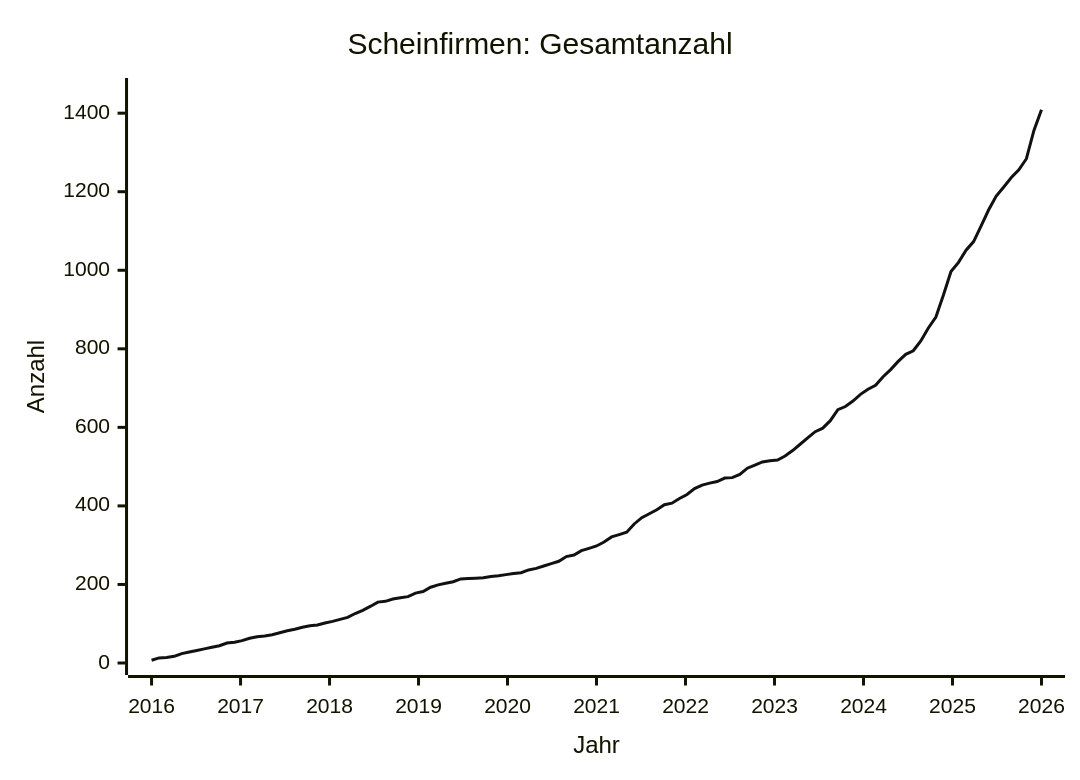
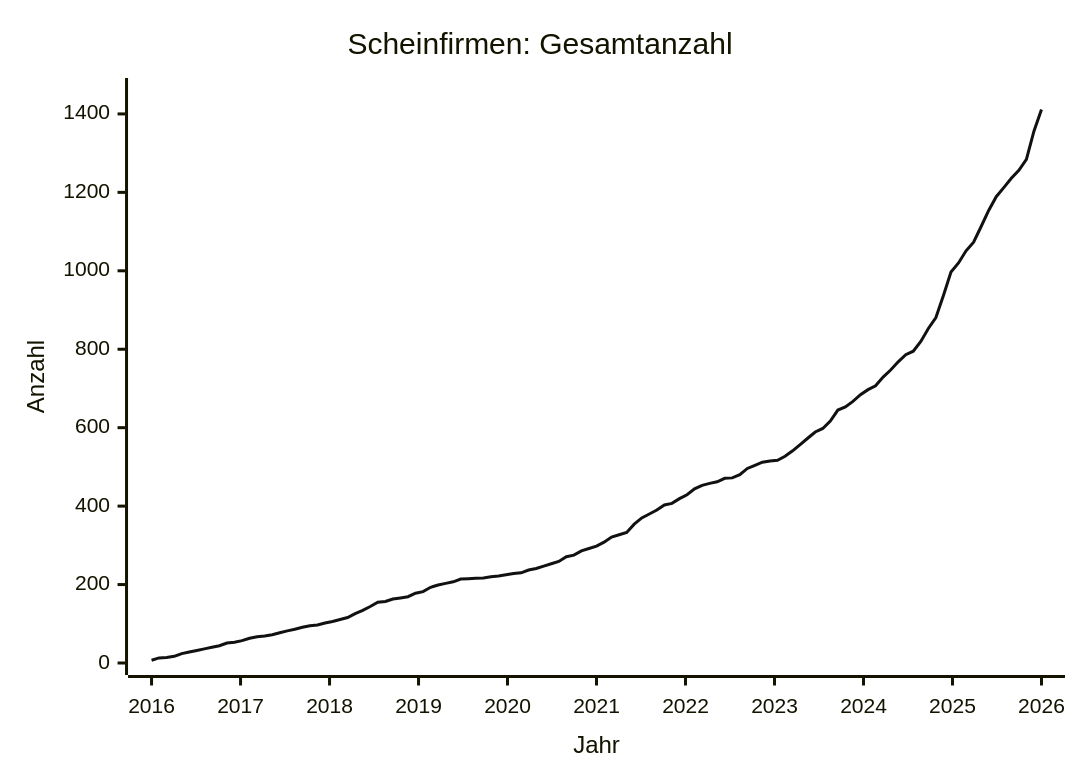
One commit to arjoma/scheinfirmen-at changed the diagram in data/STATS.md. Above: the diagram before and after it, drawn with Mermaid. The commit also changed other lines of this file and 3 other files, not shown here.

````diff
--- a/data/STATS.md
+++ b/data/STATS.md
@@ -9,13 +9,13 @@
 ```mermaid
 ---
 config:
   themeVariables:
     xyChart:
       plotColorPalette: "#111111"
 ---
 xychart-beta
     title "Scheinfirmen: Gesamtanzahl"
     x-axis "Jahr" 2016 --> 2026
-    y-axis "Anzahl" 0 --> 1459
-    line [7, 13, 14, 17, 24, 28, 32, 36, 40, 44, 51, 53, 57, 63, 67, 69, 72, 77, 82, 86, 91, 95, 97, 102, 106, 111, 116, 126, 134, 144, 155, 157, 163, 166, 169, 178, 182, 193, 199, 203, 207, 214, 215, 216, 217, 220, 222, 225, 228, 230, 237, 241, 247, 253, 259, 271, 275, 286, 292, 298, 308, 321, 327, 333, 354, 370, 380, 390, 403, 407, 419, 429, 444, 453, 458, 462, 471, 472, 480, 496, 504, 512, 515, 517, 527, 541, 557, 573, 589, 598, 617, 645, 653, 667, 684, 697, 707, 729, 747, 768, 786, 795, 820, 853, 881, 937, 997, 1020, 1051, 1073, 1113, 1154, 1189, 1212, 1236, 1256, 1284, 1356, 1409]
+    y-axis "Anzahl" 0 --> 1461
+    line [7, 13, 14, 17, 24, 28, 32, 36, 40, 44, 51, 53, 57, 63, 67, 69, 72, 77, 82, 86, 91, 95, 97, 102, 106, 111, 116, 126, 134, 144, 155, 157, 163, 166, 169, 178, 182, 193, 199, 203, 207, 214, 215, 216, 217, 220, 222, 225, 228, 230, 237, 241, 247, 253, 259, 271, 275, 286, 292, 298, 308, 321, 327, 333, 354, 370, 380, 390, 403, 407, 419, 429, 444, 453, 458, 462, 471, 472, 480, 496, 504, 512, 515, 517, 527, 541, 557, 573, 589, 598, 617, 645, 653, 667, 684, 697, 707, 729, 747, 768, 786, 795, 820, 853, 881, 937, 997, 1020, 1051, 1073, 1113, 1154, 1189, 1212, 1236, 1256, 1284, 1356, 1411]
 ```
````
